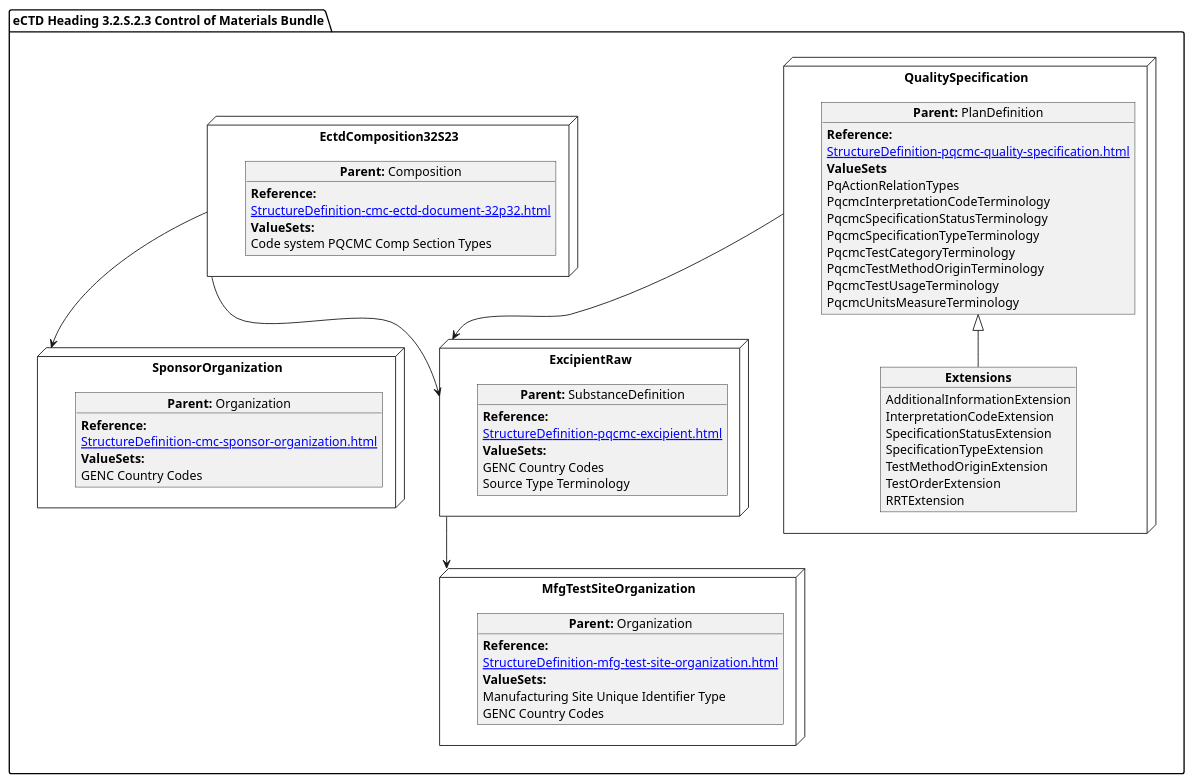
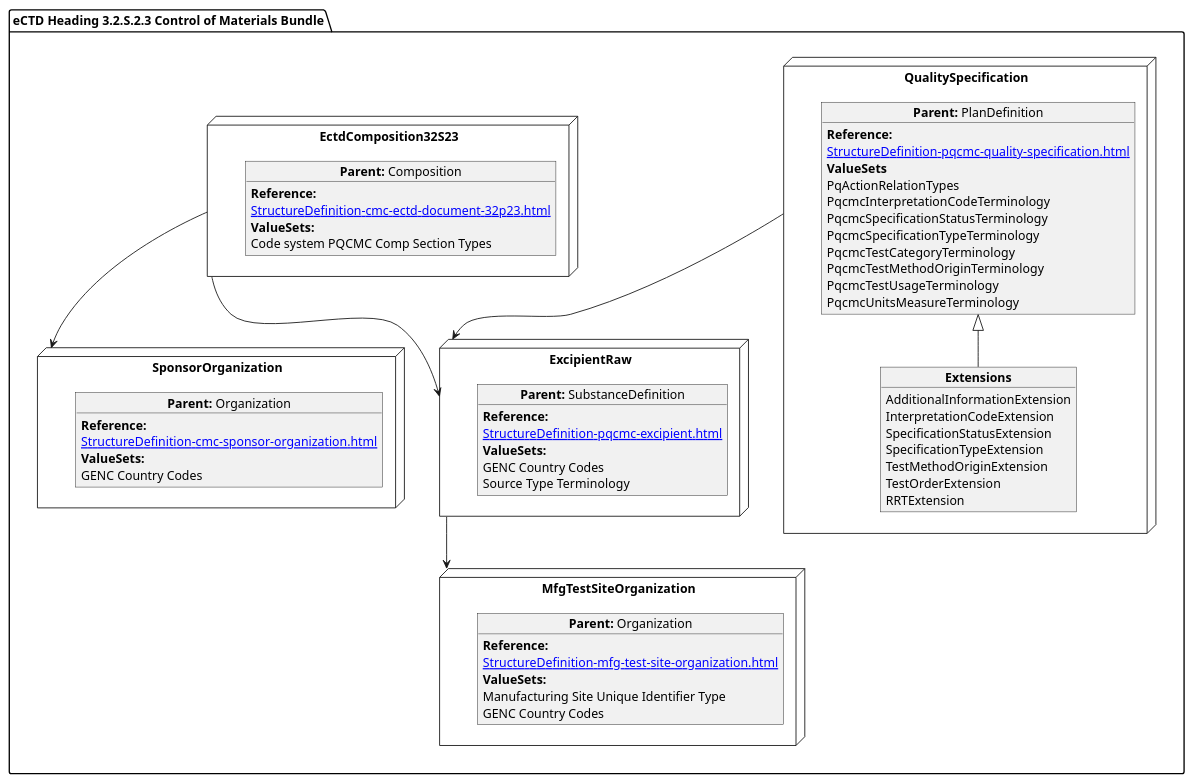
One commit to HL7/FHIR-us-pq-cmc-fda changed the diagram in input/images-source/SubstanceControlMat.plantuml. Above: the diagram before and after it, drawn with PlantUML. The commit also changed 34 other files, not shown here.

```diff
--- a/input/images-source/SubstanceControlMat.plantuml
+++ b/input/images-source/SubstanceControlMat.plantuml
@@ -1,74 +1,74 @@
 @startuml
 allowmixing
 'Mixed model of use case and object
 package "eCTD Heading 3.2.S.2.3 Control of Materials Bundle" as NODES {
   
   node "QualitySpecification" as N2 { 
       object "**Parent:** PlanDefinition" as obj2 {
           **Reference:**
       [[StructureDefinition-pqcmc-quality-specification.html]]
         **ValueSets**
         PqActionRelationTypes
         PqcmcInterpretationCodeTerminology
         PqcmcSpecificationStatusTerminology
         PqcmcSpecificationTypeTerminology
         PqcmcTestCategoryTerminology
         PqcmcTestMethodOriginTerminology
         PqcmcTestUsageTerminology
         PqcmcUnitsMeasureTerminology
     }
         object "**Extensions**" as objQSEx {
         AdditionalInformationExtension
         InterpretationCodeExtension
         SpecificationStatusExtension
         SpecificationTypeExtension
         TestMethodOriginExtension
         TestOrderExtension
         RRTExtension
     }
     obj2 <|-- objQSEx
 }
   node "EctdComposition32S23" as N1 { 
       object "**Parent:** Composition" as obj1 {
           **Reference:**
-      [[StructureDefinition-cmc-ectd-document-32p32.html]]
+      [[StructureDefinition-cmc-ectd-document-32p23.html]]
       **ValueSets:**
   Code system PQCMC Comp Section Types
     }
 }
 
  node "SponsorOrganization" as NSO { 
       object "**Parent:** Organization" as objAu {
        **Reference:**
       [[StructureDefinition-cmc-sponsor-organization.html]]
         **ValueSets:**
         GENC Country Codes
     }
 } 
   node "ExcipientRaw" as N21 { 
       object "**Parent:** SubstanceDefinition" as obj22 {
           **Reference:**
       [[StructureDefinition-pqcmc-excipient.html]]
         **ValueSets:**
           GENC Country Codes
           Source Type Terminology
     }
 }
 node "MfgTestSiteOrganization" as N21mfg { 
     object "**Parent:** Organization" as objTS  {
         **Reference:**
       [[StructureDefinition-mfg-test-site-organization.html]]
         **ValueSets:**
          Manufacturing Site Unique Identifier Type
          GENC Country Codes
     }
 }
 
  
 
 N1 --> N21
 N2 --> N21
 N1 --> NSO
 N21 --> N21mfg
 }
 @enduml
```
